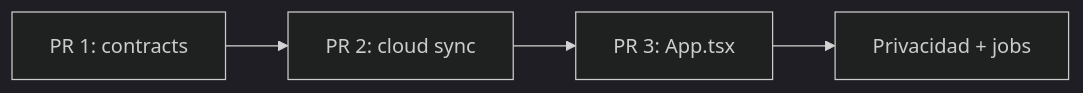
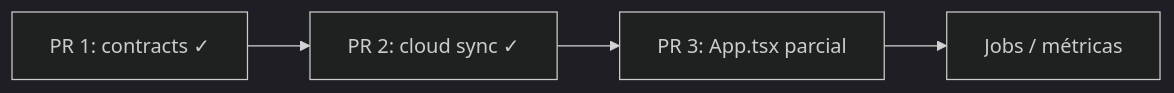
Before and after one commit to moiseslodeiro/chordifree: the diagram in docs/engineering/14-plan-refactor.md, drawn with Mermaid (dark theme). The commit also changed other lines of this file and 14 other files, not shown here.

````diff
--- a/docs/engineering/14-plan-refactor.md
+++ b/docs/engineering/14-plan-refactor.md
@@ -150,6 +160,6 @@
 ```mermaid
 flowchart LR
-    A[PR 1: contracts] --> B[PR 2: cloud sync]
-    B --> C[PR 3: App.tsx]
-    C --> D[Privacidad + jobs]
+    A[PR 1: contracts ✓] --> B[PR 2: cloud sync ✓]
+    B --> C[PR 3: App.tsx parcial]
+    C --> D[Jobs / métricas]
 ```
````
